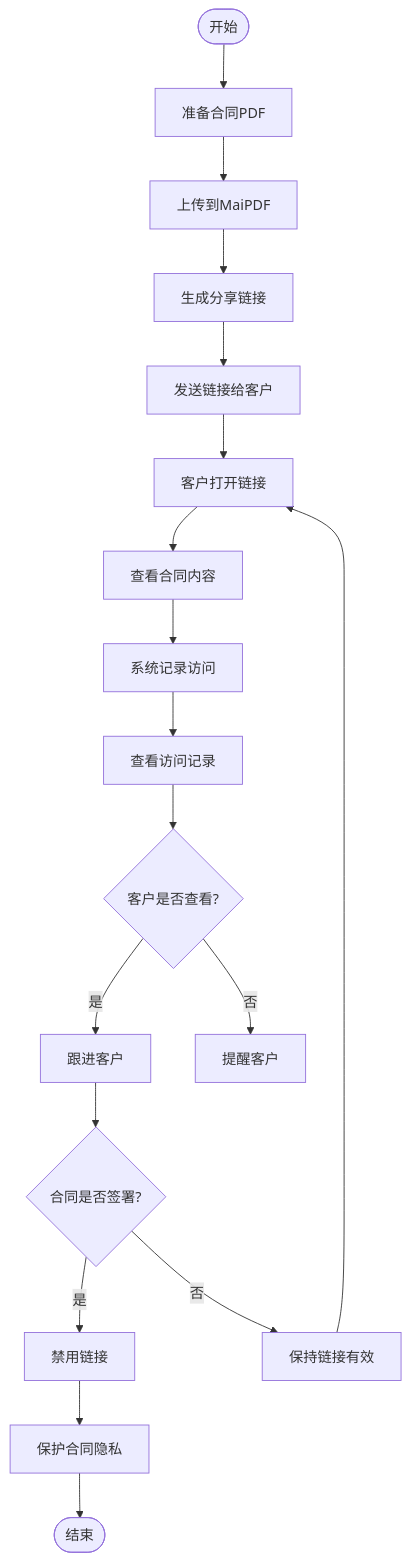
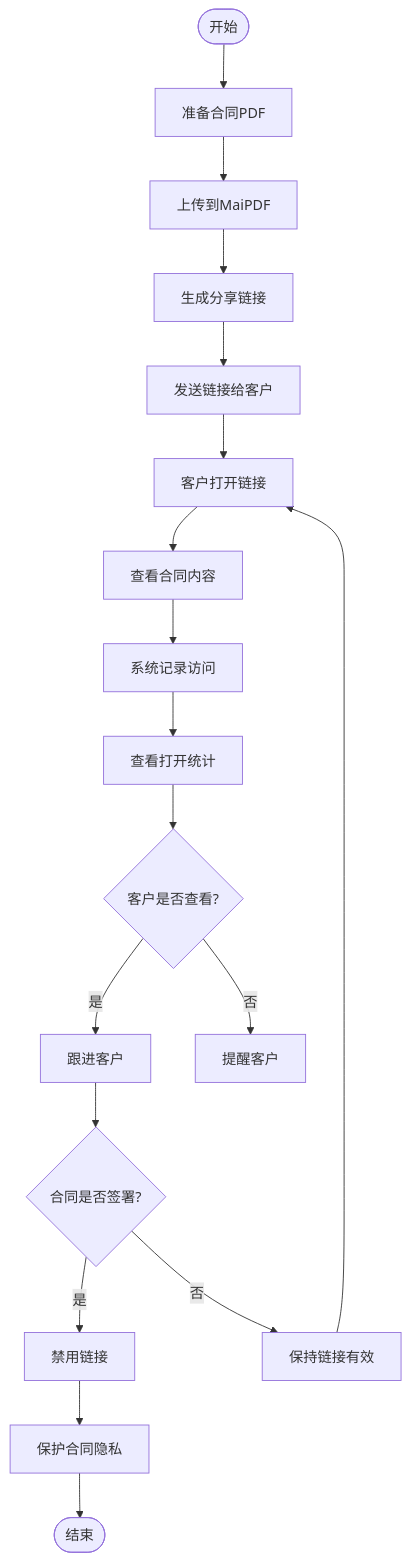
The fifth of 12 diagrams in src/content/blog/cn/maipdf-complete-workflow-guide-with-diagrams.md (mythenigma/cloudflareAstro), drawn with Mermaid before and after one commit. The commit also changed other lines of this file and 353 other files, not shown here.

````diff
--- a/src/content/blog/cn/maipdf-complete-workflow-guide-with-diagrams.md
+++ b/src/content/blog/cn/maipdf-complete-workflow-guide-with-diagrams.md
@@ -217,20 +217,20 @@
 ```mermaid
 flowchart TD
     Start([开始]) --> A[准备合同PDF]
     A --> B[上传到MaiPDF]
     B --> C[生成分享链接]
     C --> D[发送链接给客户]
     D --> E[客户打开链接]
     E --> F[查看合同内容]
     F --> G[系统记录访问]
-    G --> H[查看访问记录]
+    G --> H[查看打开统计]
     H --> I{客户是否查看?}
     I -->|是| J[跟进客户]
     I -->|否| K[提醒客户]
     J --> L{合同是否签署?}
     L -->|是| M[禁用链接]
     L -->|否| N[保持链接有效]
     M --> O[保护合同隐私]
     O --> End([结束])
     N --> E
 ```
````
